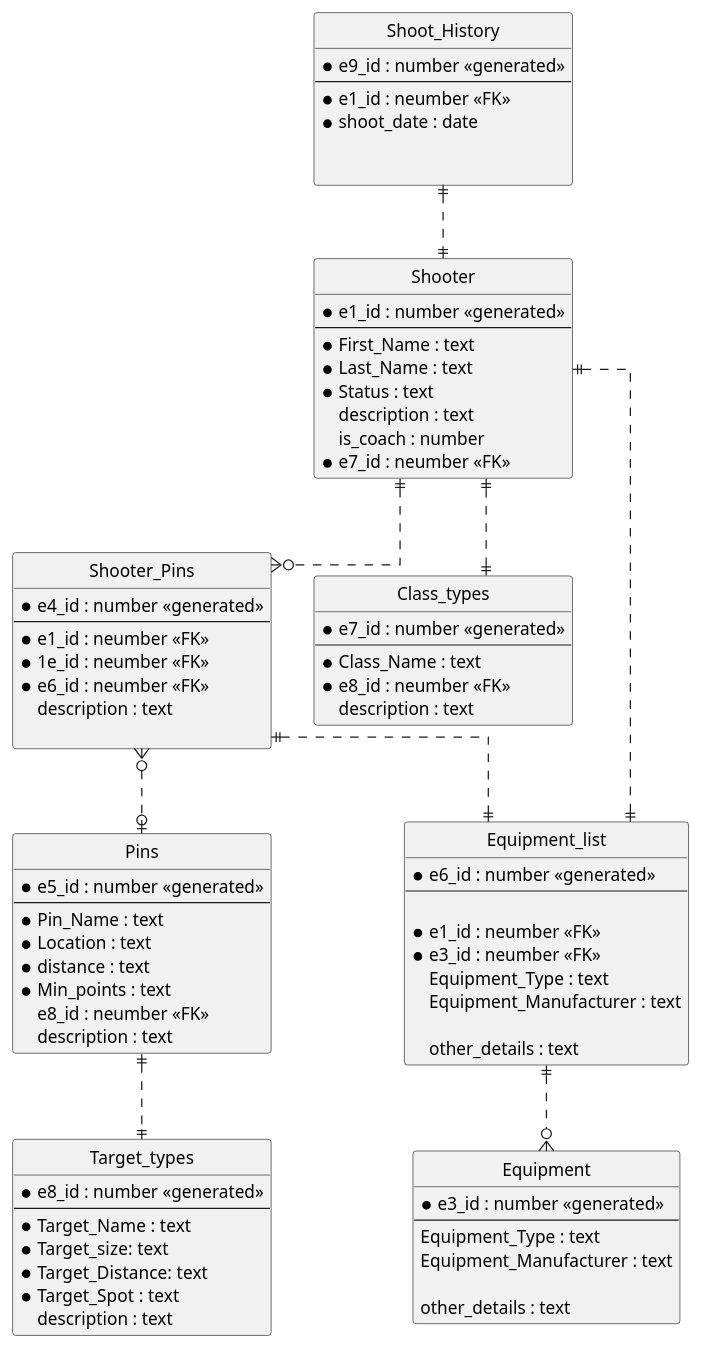
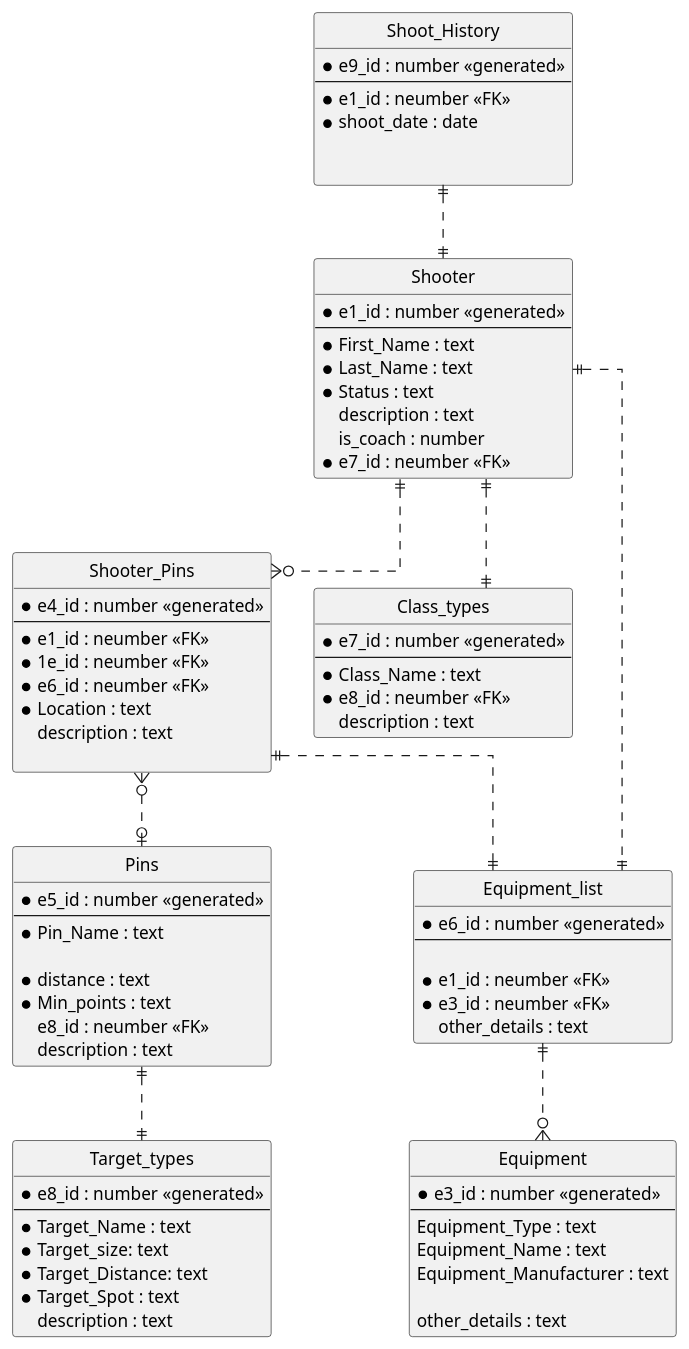
The diagram in DB_Design/DB_Diagram/DB_Diagram.md (sargentstudley/Fun_Things), drawn with PlantUML before and after one commit. The commit also changed 1 other file, not shown here.

Commit message:
created full change log for first deploy

```diff
--- a/DB_Design/DB_Diagram/DB_Diagram.md
+++ b/DB_Design/DB_Diagram/DB_Diagram.md
@@ -34,6 +34,7 @@
   *e1_id : neumber <<FK>>
   *1e_id : neumber <<FK>>
   *e6_id : neumber <<FK>>
+  *Location : text
   description : text
   
 }
@@ -42,7 +43,7 @@
   *e5_id : number <<generated>>
   --
   *Pin_Name : text
-  *Location : text
+  
   *distance : text
   *Min_points : text
   e8_id : neumber <<FK>>
@@ -72,6 +73,7 @@
   *e3_id : number <<generated>>
   --
   Equipment_Type : text
+  Equipment_Name : text
   Equipment_Manufacturer : text
 
   other_details : text
@@ -84,9 +86,6 @@
 
   *e1_id : neumber <<FK>>
   *e3_id : neumber <<FK>>
-  Equipment_Type : text
-  Equipment_Manufacturer : text
-
   other_details : text
 }
 
```
